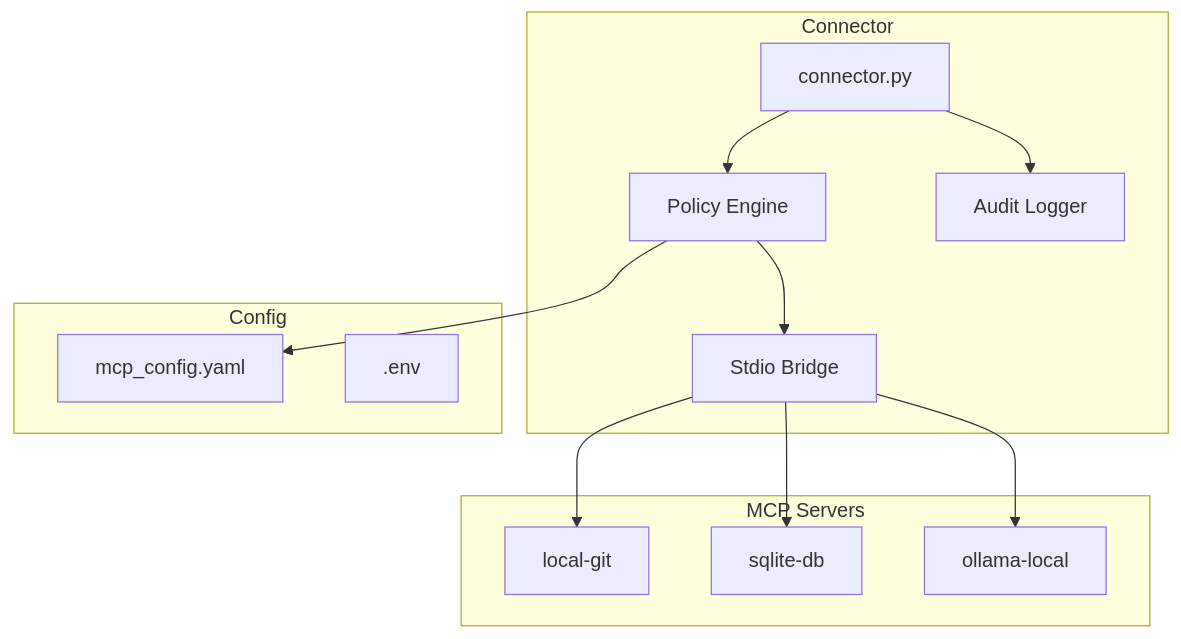
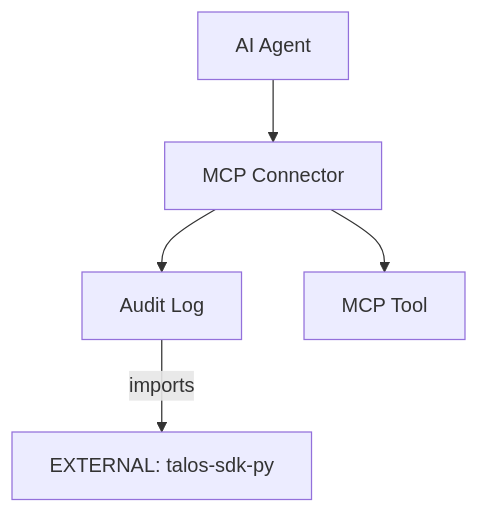
One commit to talosprotocol/talos-mcp-connector changed the diagram in docs/wiki/Architecture.md. Above: the diagram before and after it, drawn with Mermaid. The commit also changed other lines of this file and 1 other file, not shown here.

Commit message:
feat: add test script and architecture docs with [EXTERNAL] tags

````diff
--- a/docs/wiki/Architecture.md
+++ b/docs/wiki/Architecture.md
@@ -34,26 +37,7 @@
 ```mermaid
 graph TD
-    subgraph Connector
-        Main[connector.py]
-        Policy[Policy Engine]
-        Bridge[Stdio Bridge]
-        Audit[Audit Logger]
-    end
-    
-    subgraph Config
-        YAML[mcp_config.yaml]
-        ENV[.env]
-    end
-    
-    subgraph MCP Servers
-        Git[local-git]
-        SQLite[sqlite-db]
-        Ollama[ollama-local]
-    end
-    
-    Main --> Policy
-    Policy --> YAML
-    Policy --> Bridge
-    Bridge --> Git & SQLite & Ollama
-    Main --> Audit
+    Agent[AI Agent] --> Connector[MCP Connector]
+    Connector --> Audit[Audit Log]
+    Connector --> Tool[MCP Tool]
+    Audit --> |imports| SDK[EXTERNAL: talos-sdk-py]
 ```
````
